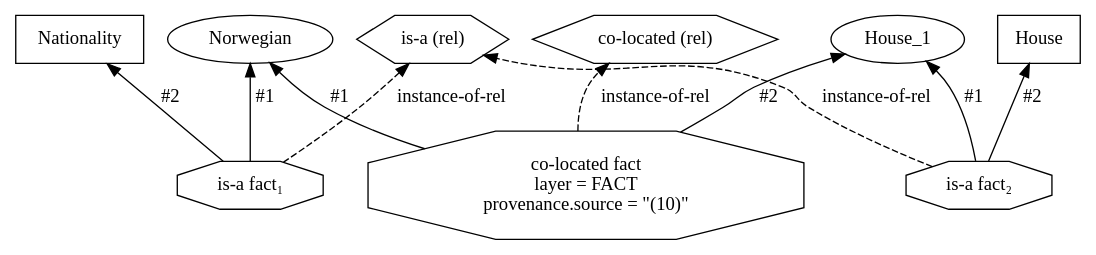
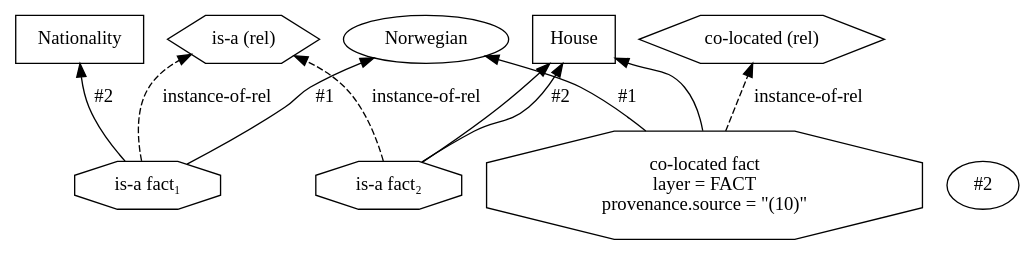
The sixth of 6 diagrams in docs/kernel/ir/01-ein-graph/01_kb.md (agutikov/ein), drawn with Graphviz before and after one commit. The commit also changed other lines of this file and 90 other files, not shown here.

````diff
--- a/docs/kernel/ir/01-ein-graph/01_kb.md
+++ b/docs/kernel/ir/01-ein-graph/01_kb.md
@@ -337,36 +337,36 @@
 ```dot
 digraph zebra_fragment_levi {
   rankdir=BT;
 
   // Relation declarations
   rel_isa   [shape=hexagon, label="is-a (rel)"];
   rel_coloc [shape=hexagon, label="co-located (rel)"];
 
   // Types
   Nationality [shape=box];
   House       [shape=box];
 
   // Objects
   Norwegian   [shape=ellipse];
-  House_1     [shape=ellipse];
+  House-1     [shape=ellipse];
 
   // is-a facts (octagons)
   isa_fact_1 [shape=octagon, label="is-a fact₁"];
   isa_fact_2 [shape=octagon, label="is-a fact₂"];
   isa_fact_1 -> Norwegian   [label="#1"];
   isa_fact_1 -> Nationality [label="#2"];
-  isa_fact_2 -> House_1     [label="#1"];
+  isa_fact_2 -> House-1     [label="#1"];
   isa_fact_2 -> House       [label="#2"];
   isa_fact_1 -> rel_isa     [label="instance-of-rel", style=dashed];
   isa_fact_2 -> rel_isa     [label="instance-of-rel", style=dashed];
 
   // The propositional co-located fact
   coloc_fact [
     shape=octagon,
     label="co-located fact\nlayer = FACT\nprovenance.source = \"(10)\"",
   ];
   coloc_fact -> Norwegian [label="#1"];
-  coloc_fact -> House_1   [label="#2"];
+  coloc_fact -> House-1   [label="#2"];
   coloc_fact -> rel_coloc [label="instance-of-rel", style=dashed];
 }
 ```
````
